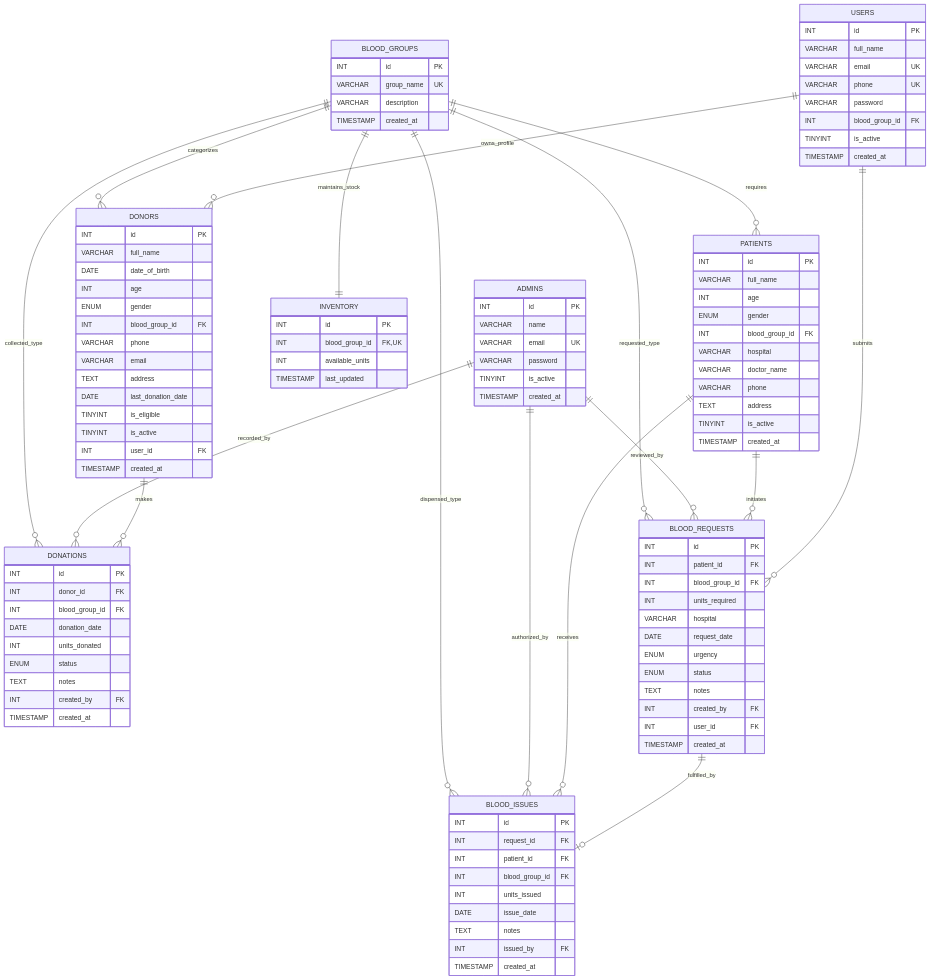
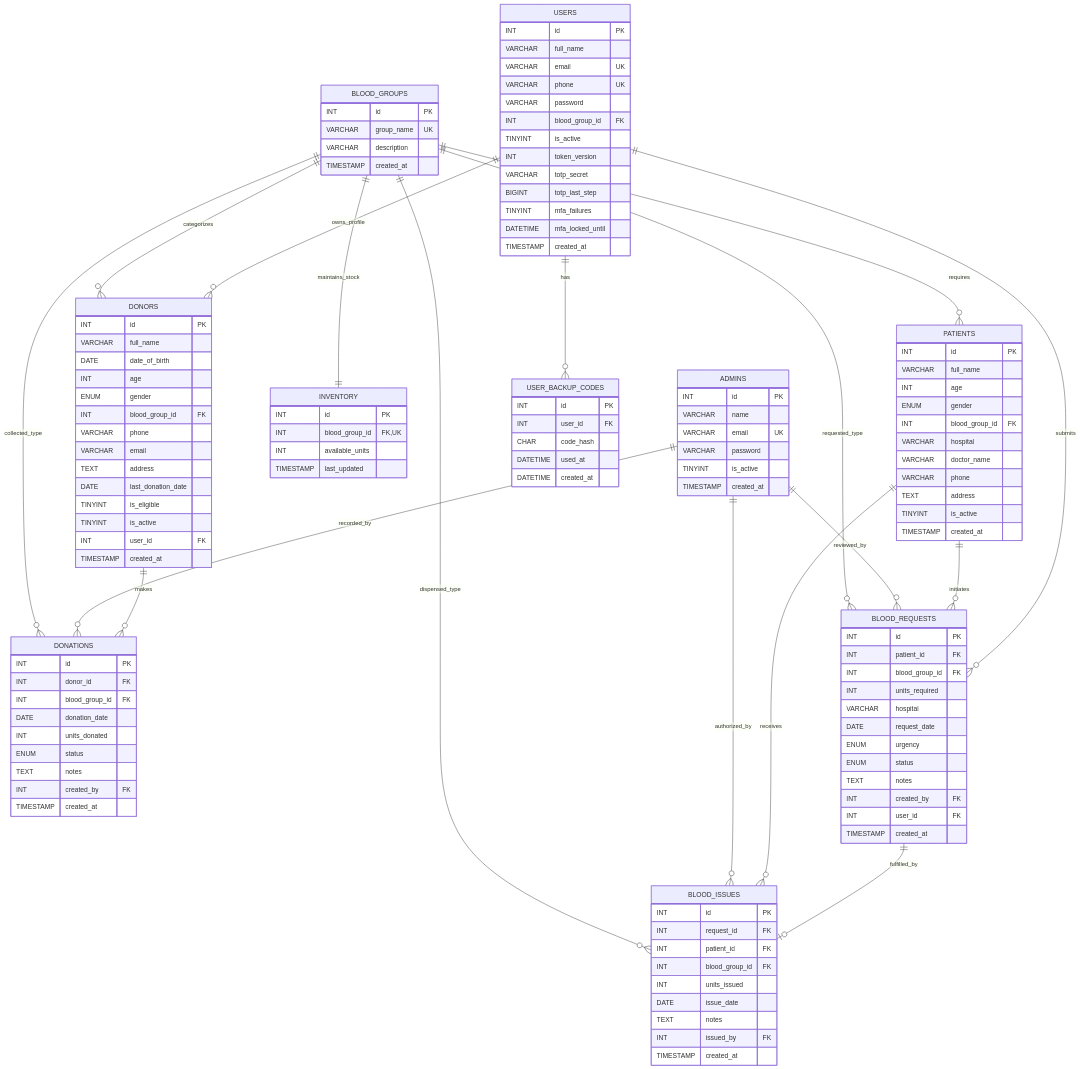
The diagram in README.md (agampreetgrover-png/blood-bank-management-system), drawn with Mermaid before and after one commit. The commit also changed other lines of this file and 56 other files, not shown here.

```diff
--- a/README.md
+++ b/README.md
@@ -48,6 +53,7 @@
     BLOOD_REQUESTS ||--o| BLOOD_ISSUES : "fulfilled_by"
     USERS ||--o{ DONORS : "owns_profile"
     USERS ||--o{ BLOOD_REQUESTS : "submits"
+    USERS ||--o{ USER_BACKUP_CODES : "has"
 
     BLOOD_GROUPS {
         INT id PK
@@ -73,7 +79,20 @@
         VARCHAR password
         INT blood_group_id FK
         TINYINT is_active
+        INT token_version
+        VARCHAR totp_secret
+        BIGINT totp_last_step
+        TINYINT mfa_failures
+        DATETIME mfa_locked_until
         TIMESTAMP created_at
+    }
+
+    USER_BACKUP_CODES {
+        INT id PK
+        INT user_id FK
+        CHAR code_hash
+        DATETIME used_at
+        DATETIME created_at
     }
 
     DONORS {
```
